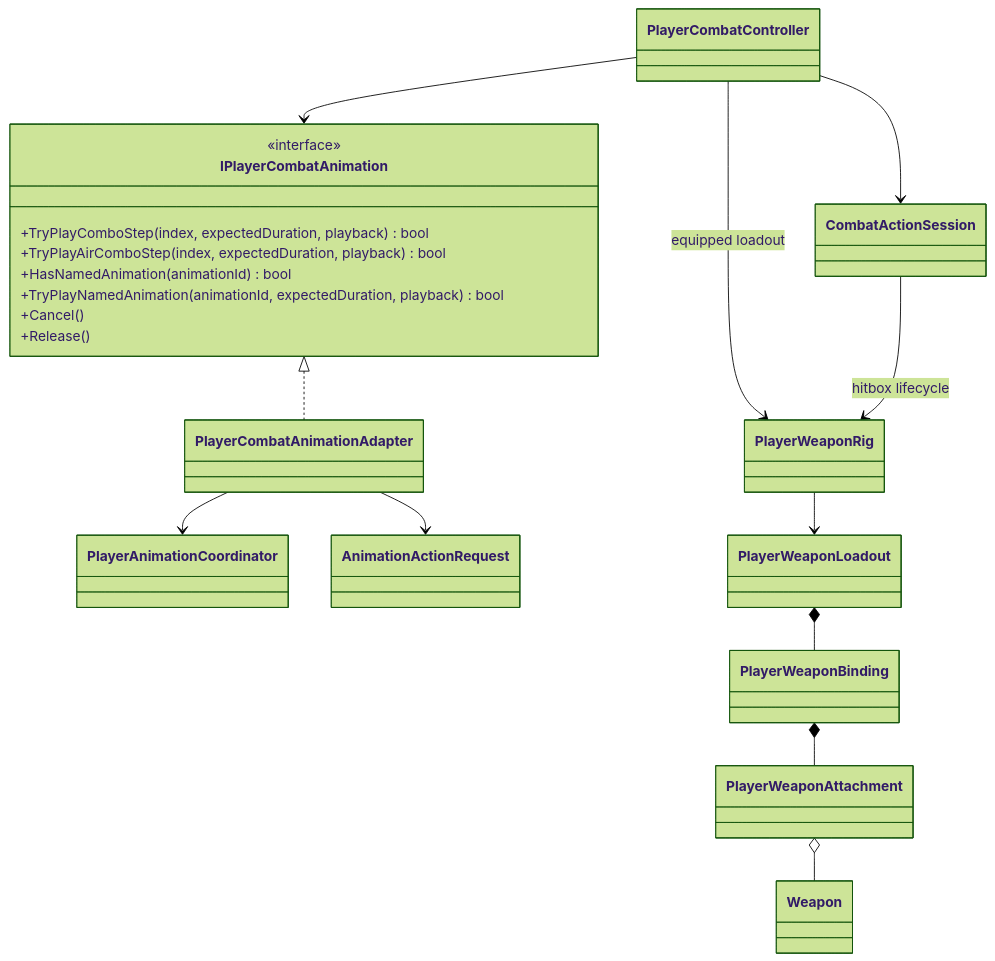
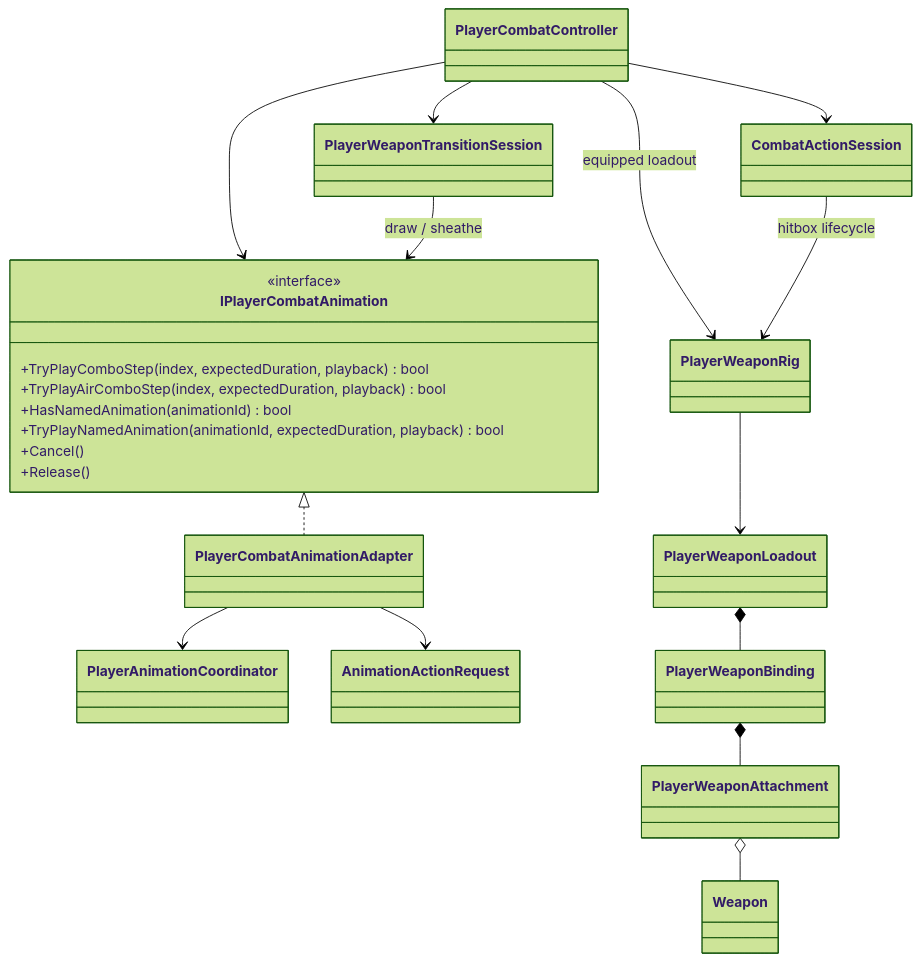
The diagram in Assets/_App/Core/Runtime/Combat/Player/README.md (MaximFonariuc/project-s), drawn with Mermaid (forest theme) before and after one commit. The commit also changed other lines of this file and 8 other files, not shown here.

Commit message:
refactor(combat): isolate weapon transition session

````diff
--- a/Assets/_App/Core/Runtime/Combat/Player/README.md
+++ b/Assets/_App/Core/Runtime/Combat/Player/README.md
@@ -6,34 +6,37 @@
 ```mermaid
 classDiagram
     class PlayerCombatController
     class CombatActionSession
+    class PlayerWeaponTransitionSession
     class IPlayerCombatAnimation {
         <<interface>>
         +TryPlayComboStep(index, expectedDuration, playback) bool
         +TryPlayAirComboStep(index, expectedDuration, playback) bool
         +HasNamedAnimation(animationId) bool
         +TryPlayNamedAnimation(animationId, expectedDuration, playback) bool
         +Cancel()
         +Release()
     }
     class PlayerCombatAnimationAdapter
     class PlayerAnimationCoordinator
     class AnimationActionRequest
     class PlayerWeaponRig
     class PlayerWeaponLoadout
     class PlayerWeaponBinding
     class PlayerWeaponAttachment
     class Weapon
 
     PlayerCombatController --> IPlayerCombatAnimation
     PlayerCombatController --> CombatActionSession
+    PlayerCombatController --> PlayerWeaponTransitionSession
     IPlayerCombatAnimation <|.. PlayerCombatAnimationAdapter
+    PlayerWeaponTransitionSession --> IPlayerCombatAnimation : draw / sheathe
     PlayerCombatAnimationAdapter --> PlayerAnimationCoordinator
     PlayerCombatAnimationAdapter --> AnimationActionRequest
     PlayerCombatController --> PlayerWeaponRig : equipped loadout
     CombatActionSession --> PlayerWeaponRig : hitbox lifecycle
     PlayerWeaponRig --> PlayerWeaponLoadout
     PlayerWeaponLoadout *-- PlayerWeaponBinding
     PlayerWeaponBinding *-- PlayerWeaponAttachment
     PlayerWeaponAttachment o-- Weapon
 ```
````
